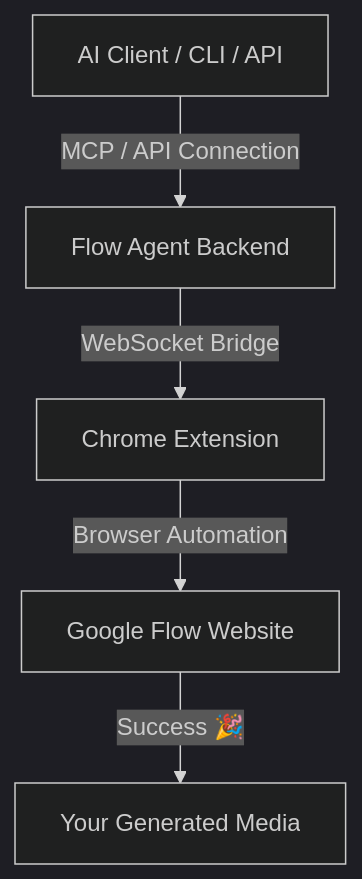
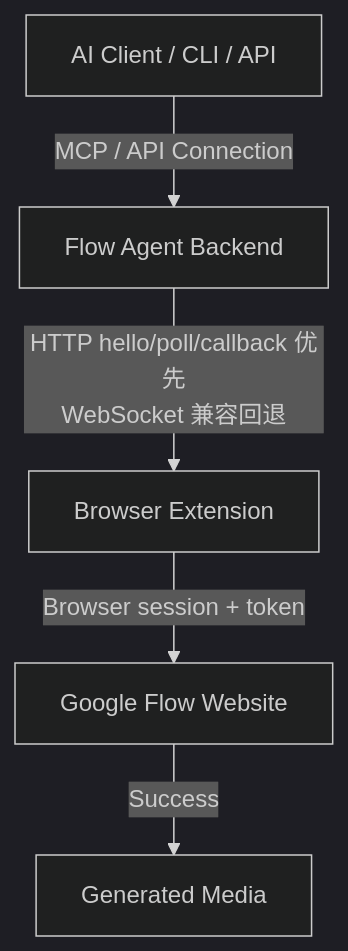
Before and after one commit to kodelyx/flow-agent: the diagram in README.md, drawn with Mermaid (dark theme). The commit also changed other lines of this file and 4 other files, not shown here.

Commit message:
docs: document HTTP extension transport for fingerprint browsers

````diff
--- a/README.md
+++ b/README.md
@@ -268,7 +382,7 @@
 ```mermaid
 graph TD
     A[AI Client / CLI / API] -- "MCP / API Connection" --> B[Flow Agent Backend]
-    B -- "WebSocket Bridge" --> C[Chrome Extension]
-    C -- "Browser Automation" --> D[Google Flow Website]
-    D -- "Success 🎉" --> E[Your Generated Media]
+    B -- "HTTP hello/poll/callback 优先<br/>WebSocket 兼容回退" --> C[Browser Extension]
+    C -- "Browser session + token" --> D[Google Flow Website]
+    D -- "Success" --> E[Generated Media]
 ```
````
